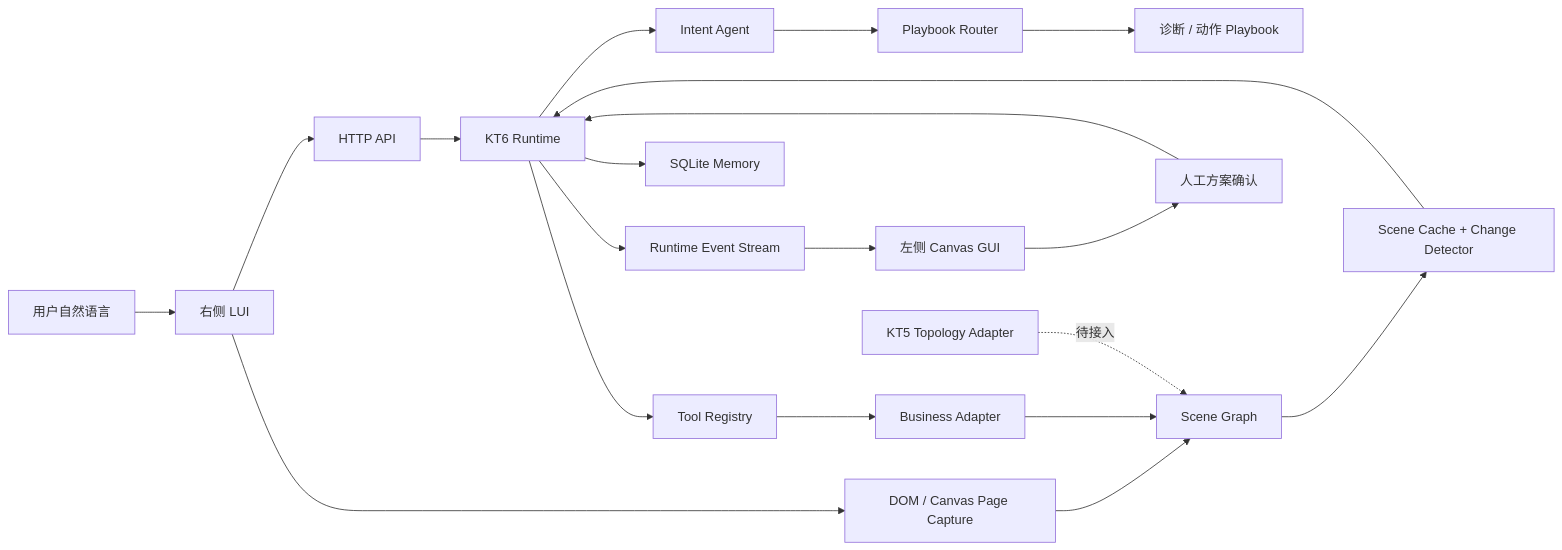
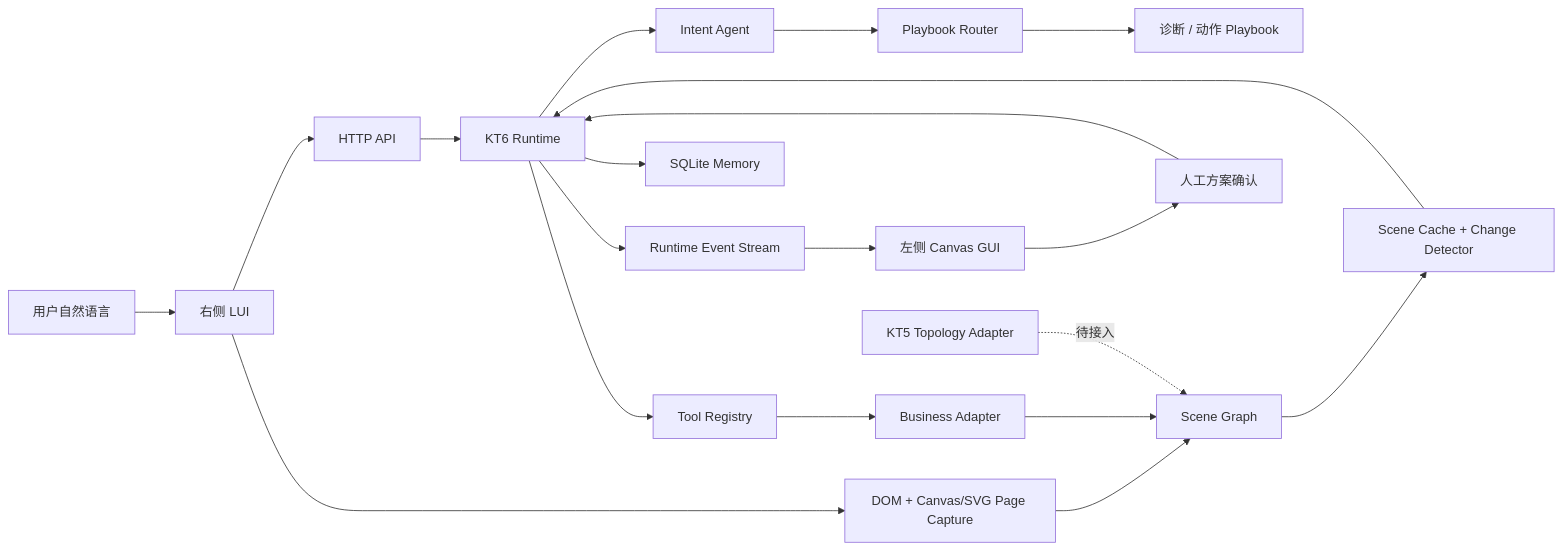
The diagram in README.md (yaaangzh/kt6-gui-agent-demo), drawn with Mermaid before and after one commit. The commit also changed other lines of this file and 19 other files, not shown here.

````diff
--- a/README.md
+++ b/README.md
@@ -65,22 +66,22 @@
 ```mermaid
 flowchart LR
     U["用户自然语言"] --> FE["右侧 LUI"]
     FE --> API["HTTP API"]
     API --> RT["KT6 Runtime"]
     RT --> IA["Intent Agent"]
     IA --> PR["Playbook Router"]
     PR --> PB["诊断 / 动作 Playbook"]
     RT --> TR["Tool Registry"]
     TR --> BA["Business Adapter"]
-    FE --> CAP["DOM / Canvas Page Capture"]
+    FE --> CAP["DOM + Canvas/SVG Page Capture"]
     CAP --> SG["Scene Graph"]
     BA --> SG
     KT5["KT5 Topology Adapter"] -. "待接入" .-> SG
     SG --> CACHE["Scene Cache + Change Detector"]
     CACHE --> RT
     RT --> EV["Runtime Event Stream"]
     EV --> GUI["左侧 Canvas GUI"]
     GUI --> HITL["人工方案确认"]
     HITL --> RT
     RT --> MEM["SQLite Memory"]
 ```
````
